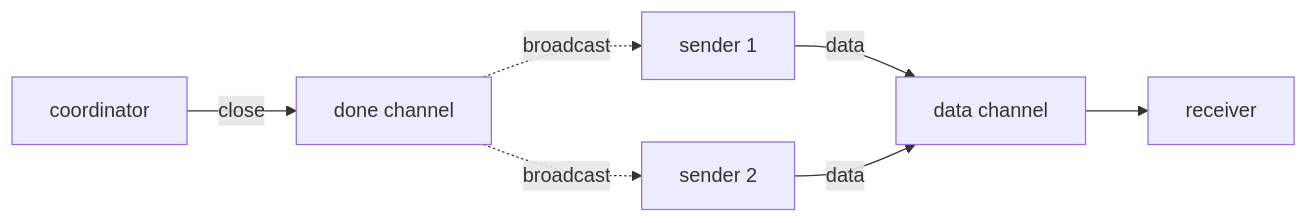
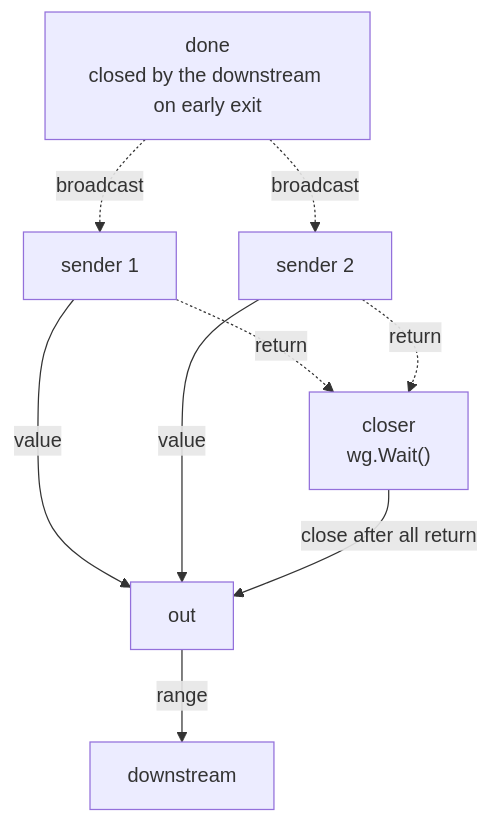
The second of 2 diagrams in book/en-us/part3concurrency/ch10chan/close.md (golang-design/under-the-hood), drawn with Mermaid before and after one commit. The commit also changed other lines of this file and 30 other files, not shown here.

````diff
--- a/book/en-us/part3concurrency/ch10chan/close.md
+++ b/book/en-us/part3concurrency/ch10chan/close.md
@@ -168,9 +427,11 @@
 ```mermaid
-flowchart LR
-    P1["sender 1"] -->|data| CH["data channel"]
-    P2["sender 2"] -->|data| CH
-    COORD["coordinator"] -->|close| DONE["done channel"]
-    DONE -.broadcast.-> P1
-    DONE -.broadcast.-> P2
-    CH --> R["receiver"]
+flowchart TD
+    DONE["done<br/>closed by the downstream on early exit"] -.->|broadcast| S1["sender 1"]
+    DONE -.->|broadcast| S2["sender 2"]
+    S1 -->|value| OUT["out"]
+    S2 -->|value| OUT
+    S1 -.->|return| W["closer<br/>wg.Wait()"]
+    S2 -.->|return| W
+    W -->|"close after all return"| OUT
+    OUT -->|range| R["downstream"]
 ```
````
